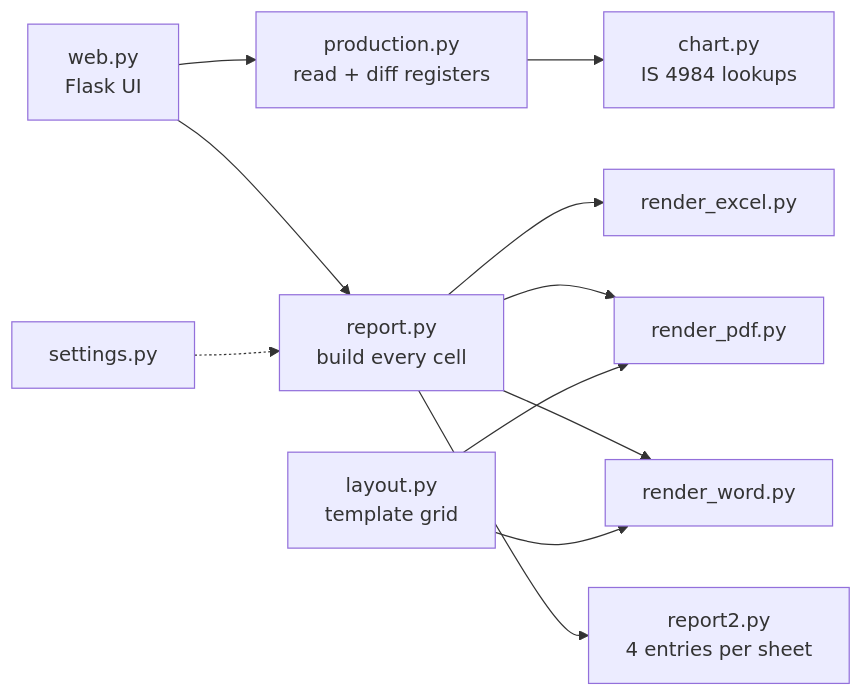
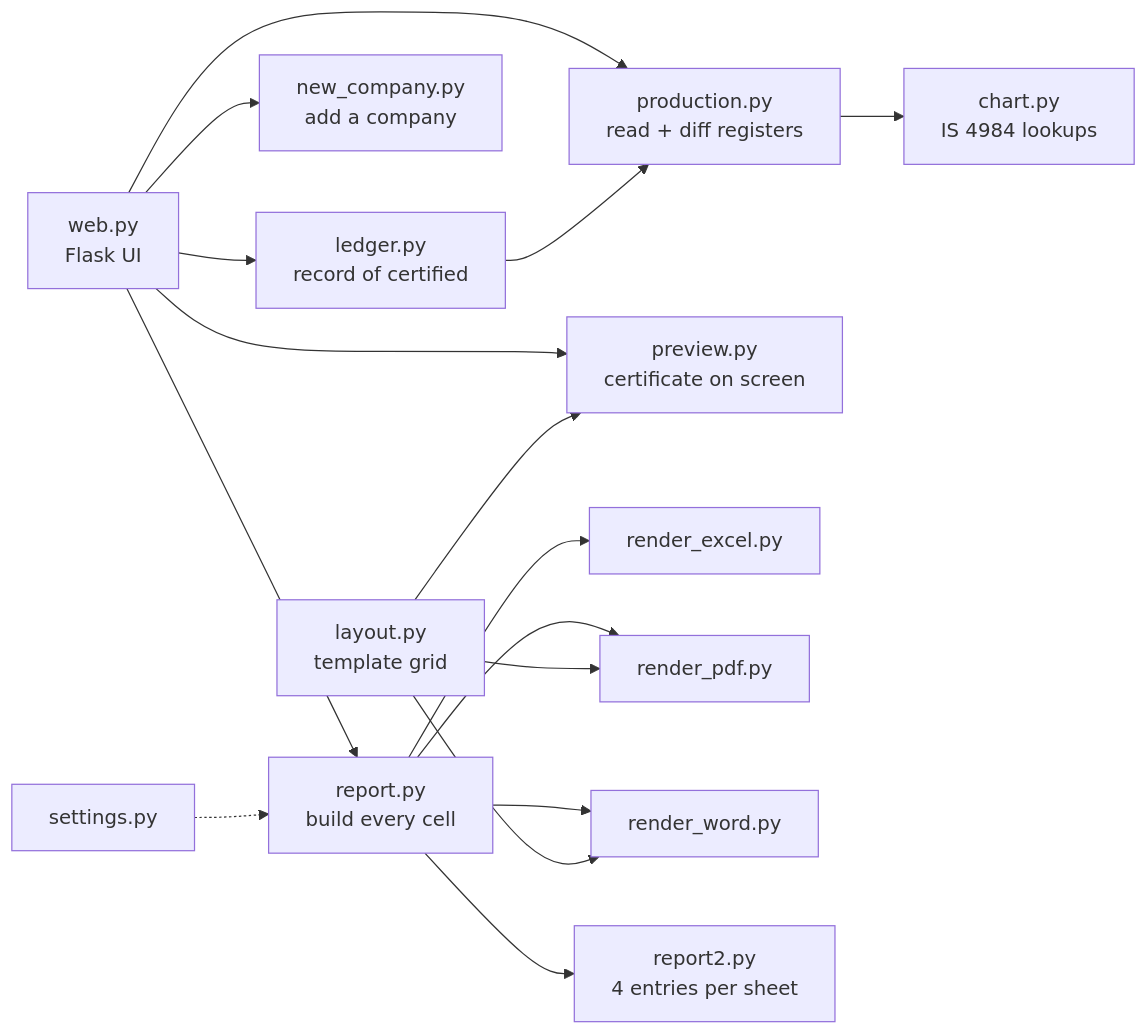
One commit to anant-jp2007/reportGenerator changed the fourth of 5 diagrams in README.md. Above: the diagram before and after it, drawn with Mermaid. The commit also changed other lines of this file and 24 other files, not shown here.

First line of the commit message:
Record of certified entries, certificate preview with editing, add a company in the app

````diff
--- a/README.md
+++ b/README.md
@@ -125,13 +146,18 @@
 ```mermaid
 flowchart LR
     W["web.py<br/>Flask UI"] --> P["production.py<br/>read + diff registers"]
     P --> CH["chart.py<br/>IS 4984 lookups"]
+    W --> LG["ledger.py<br/>record of certified"]
+    LG --> P
+    W --> PV["preview.py<br/>certificate on screen"]
+    W --> NC["new_company.py<br/>add a company"]
     W --> R["report.py<br/>build every cell"]
     R --> X["render_excel.py"]
     R --> PDF["render_pdf.py"]
     R --> WD["render_word.py"]
     R --> R2["report2.py<br/>4 entries per sheet"]
     L["layout.py<br/>template grid"] --> PDF
     L --> WD
+    L --> PV
     ST["settings.py"] -.-> R
 ```
````
